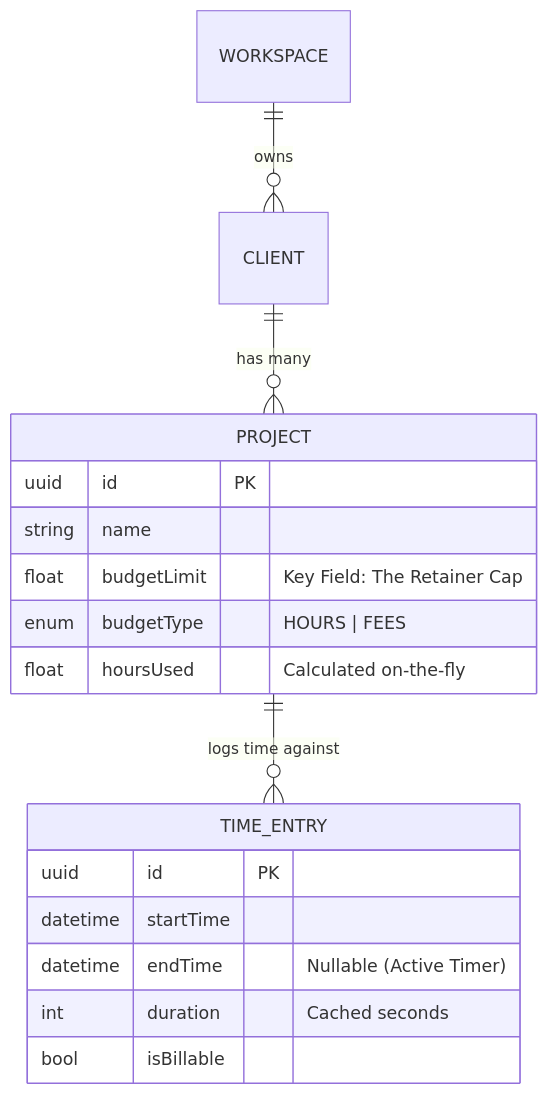
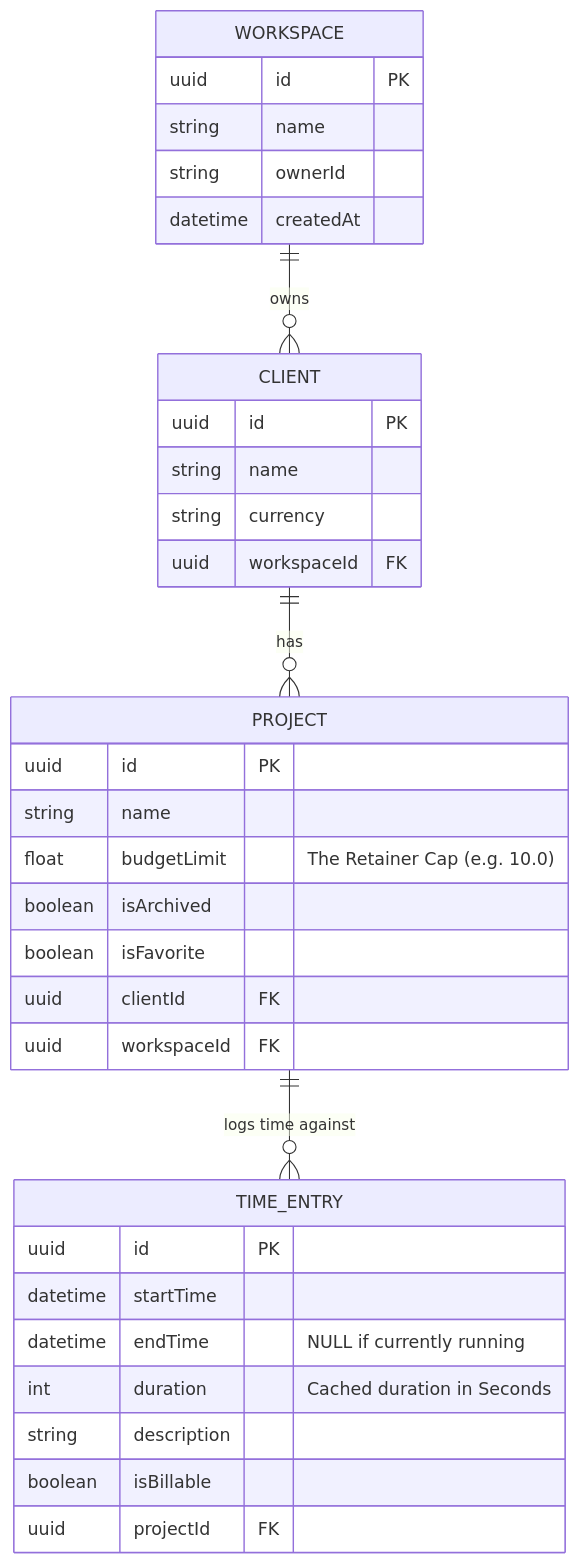
The diagram in TECH_GUIDE.md (filio623/chronos), drawn with Mermaid before and after one commit. The commit also changed other lines of this file and 7 other files, not shown here.

Commit message:
docs: Update Tech Guide with comprehensive v3.0.0 architecture and roadmap

````diff
--- a/TECH_GUIDE.md
+++ b/TECH_GUIDE.md
@@ -60,22 +136,37 @@
 ```mermaid
 erDiagram
-    WORKSPACE ||--o{ CLIENT : owns
-    CLIENT ||--o{ PROJECT : "has many"
-    PROJECT ||--o{ TIME_ENTRY : "logs time against"
-    
+    WORKSPACE {
+        uuid id PK
+        string name
+        string ownerId
+        datetime createdAt
+    }
+    CLIENT {
+        uuid id PK
+        string name
+        string currency
+        uuid workspaceId FK
+    }
     PROJECT {
         uuid id PK
         string name
-        float budgetLimit "Key Field: The Retainer Cap"
-        enum budgetType "HOURS | FEES"
-        float hoursUsed "Calculated on-the-fly"
+        float budgetLimit "The Retainer Cap (e.g. 10.0)"
+        boolean isArchived
+        boolean isFavorite
+        uuid clientId FK
+        uuid workspaceId FK
     }
-    
     TIME_ENTRY {
         uuid id PK
         datetime startTime
-        datetime endTime "Nullable (Active Timer)"
-        int duration "Cached seconds"
-        bool isBillable
+        datetime endTime "NULL if currently running"
+        int duration "Cached duration in Seconds"
+        string description
+        boolean isBillable
+        uuid projectId FK
     }
+
+    WORKSPACE ||--o{ CLIENT : owns
+    CLIENT ||--o{ PROJECT : has
+    PROJECT ||--o{ TIME_ENTRY : "logs time against"
 ```
````
